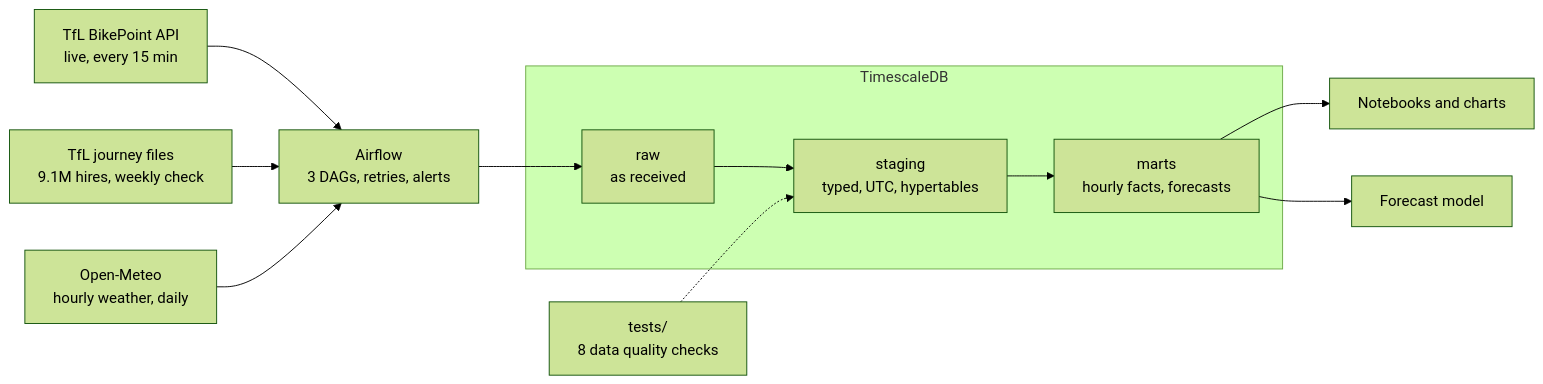
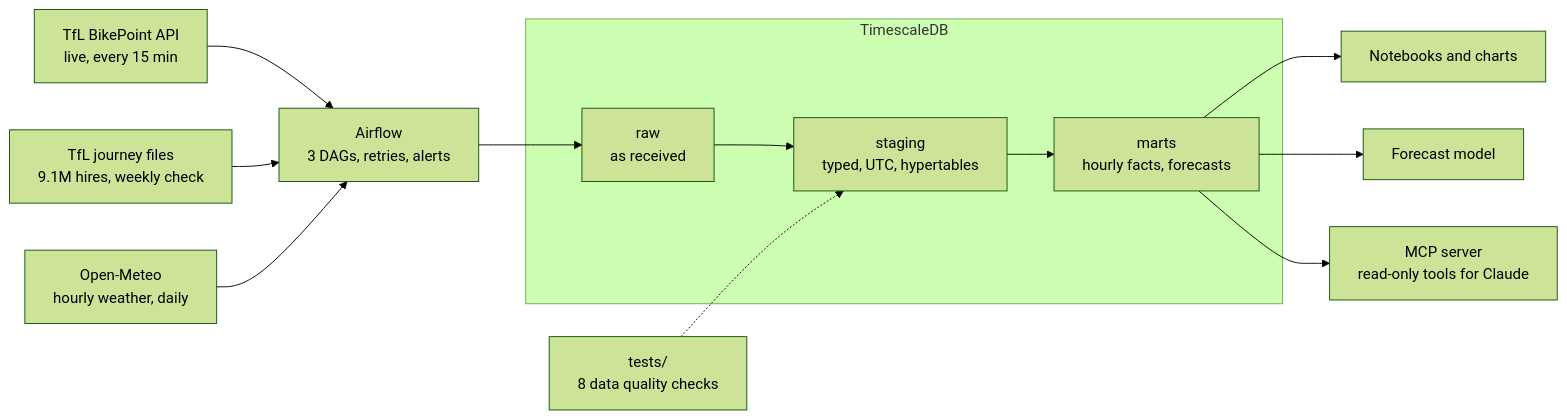
Before and after one commit to dudechillapp/london-bike-dock-pipeline: the diagram in README.md, drawn with Mermaid (forest theme). The commit also changed other lines of this file and 10 other files, not shown here.

Commit message:
Add MCP agent layer: read-only role, metric catalog and 7 tools for Claude

````diff
--- a/README.md
+++ b/README.md
@@ -25,14 +39,15 @@
 ```mermaid
 flowchart LR
     A[TfL BikePoint API<br/>live, every 15 min] --> AF
     B[TfL journey files<br/>9.1M hires, weekly check] --> AF
     C[Open-Meteo<br/>hourly weather, daily] --> AF
     AF[Airflow<br/>3 DAGs, retries, alerts] --> R
     subgraph TimescaleDB
         R[raw<br/>as received] --> S[staging<br/>typed, UTC, hypertables]
         S --> M[marts<br/>hourly facts, forecasts]
     end
     T[tests/<br/>8 data quality checks] -.-> S
     M --> N[Notebooks and charts]
     M --> F[Forecast model]
+    M --> G[MCP server<br/>read-only tools for Claude]
 ```
````
